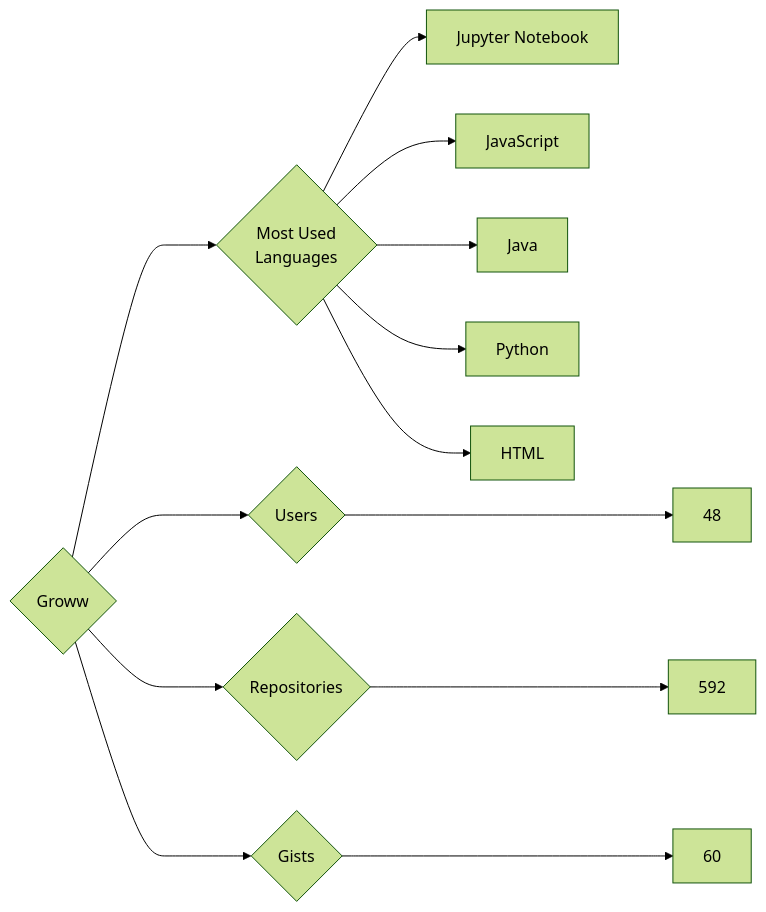
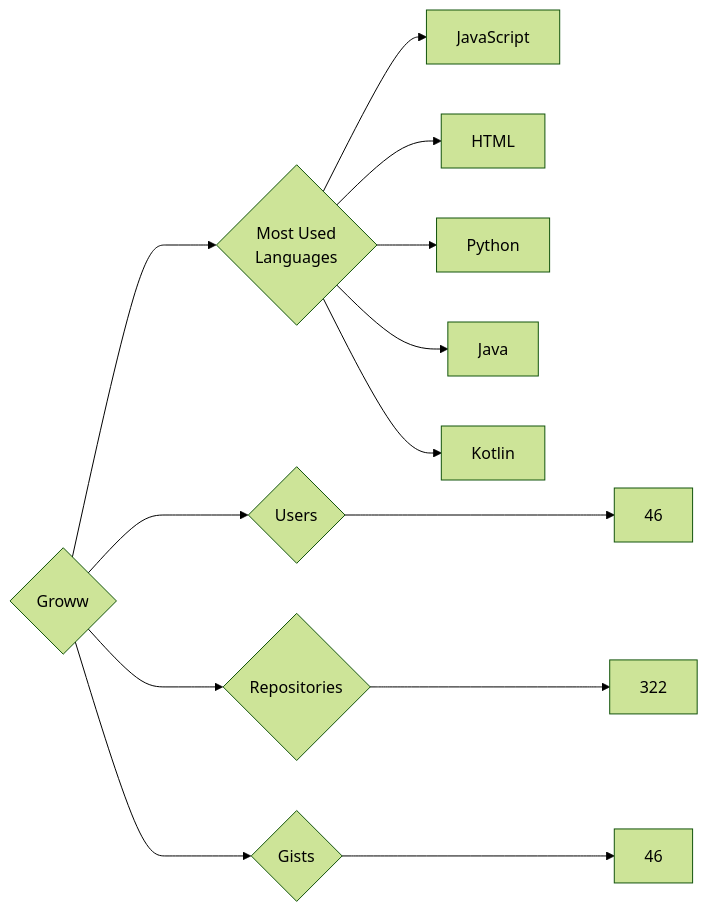
One commit to trickest/insiders changed the diagram in targets/Groww/README.md. Above: the diagram before and after it, drawn with Mermaid (forest theme). The commit also changed 773 other files, not shown here.

````diff
--- a/targets/Groww/README.md
+++ b/targets/Groww/README.md
@@ -3,13 +3,13 @@
 ```mermaid
 graph LR
 COMPANY_NAME{Groww}
-COMPANY_NAME ---> U{Users} ---> UN[48]
-COMPANY_NAME ---> R{Repositories} ---> RN[592]
-COMPANY_NAME ---> G{Gists} ---> GN[60]
+COMPANY_NAME ---> U{Users} ---> UN[46]
+COMPANY_NAME ---> R{Repositories} ---> RN[322]
+COMPANY_NAME ---> G{Gists} ---> GN[46]
 COMPANY_NAME ---> ML{Most Used<br>Languages}
-ML --> Jupyter_Notebook[Jupyter Notebook]
 ML --> JavaScript[JavaScript]
+ML --> HTML[HTML]
+ML --> Python[Python]
 ML --> Java[Java]
-ML --> Python[Python]
-ML --> HTML[HTML]
+ML --> Kotlin[Kotlin]
 ```
````
